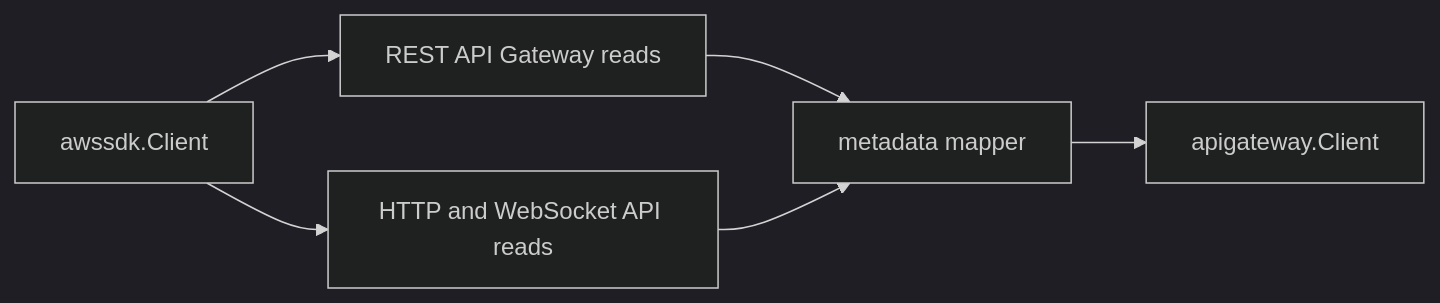
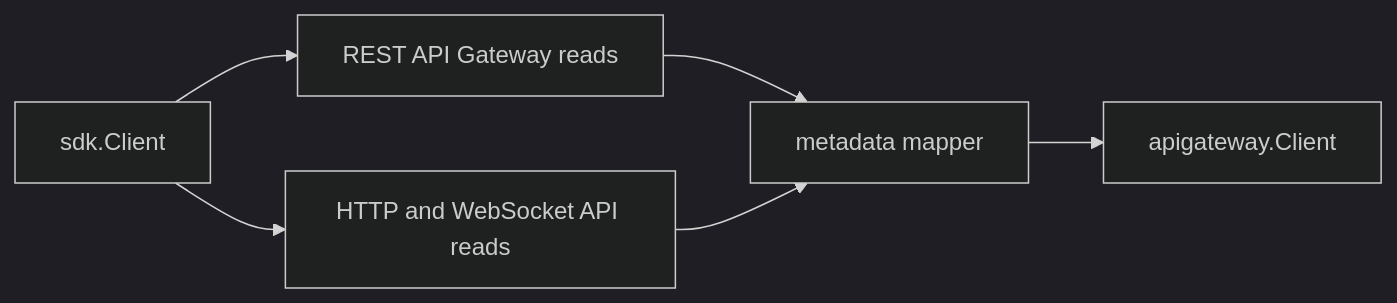
One commit to eshu-hq/eshu changed the diagram in go/internal/collector/cloud/aws/service/apigateway/sdk/README.md. Above: the diagram before and after it, drawn with Mermaid (dark theme). The commit also changed other lines of this file and 2862 other files, not shown here.

````diff
--- a/go/internal/collector/cloud/aws/service/apigateway/sdk/README.md
+++ b/go/internal/collector/cloud/aws/service/apigateway/sdk/README.md
@@ -16,8 +16,8 @@
 ```mermaid
 flowchart LR
-    Client[awssdk.Client] --> Rest[REST API Gateway reads]
+    Client[sdk.Client] --> Rest[REST API Gateway reads]
     Client --> V2[HTTP and WebSocket API reads]
     Rest --> Mapper[metadata mapper]
     V2 --> Mapper
     Mapper --> Port[apigateway.Client]
 ```
````
